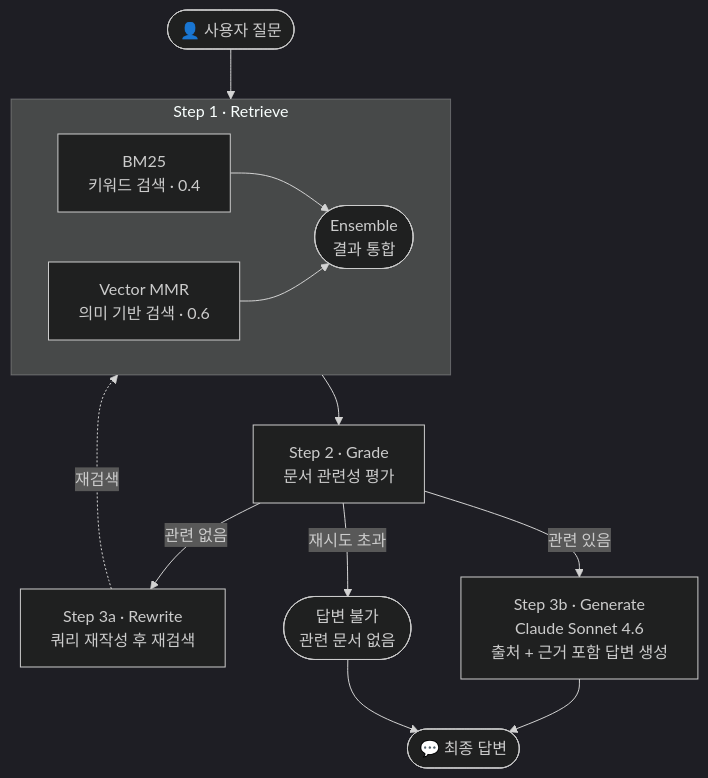
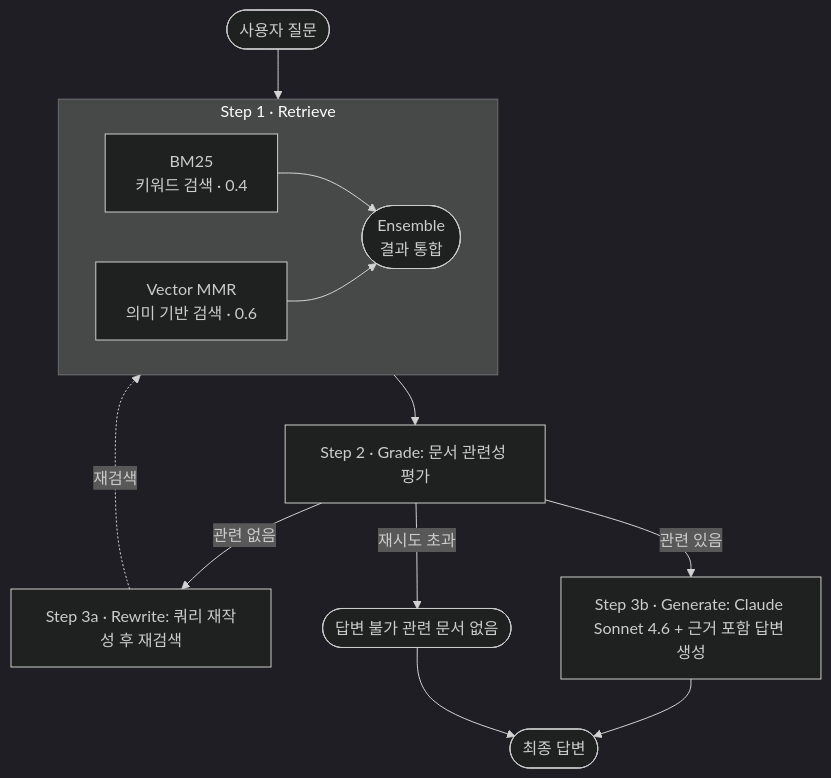
One commit to dhdlswhd34/AI-agent changed the first of 2 diagrams in README.md. Above: the diagram before and after it, drawn with Mermaid (dark theme).

````diff
--- a/README.md
+++ b/README.md
@@ -9,31 +9,31 @@
 ```mermaid
 flowchart TD
-    USER(["👤 사용자 질문"])
+    USER(["사용자 질문"])
 
     subgraph RETRIEVE["Step 1 · Retrieve"]
         direction LR
         BM25["BM25\n키워드 검색 · 0.4"]
         VEC["Vector MMR\n의미 기반 검색 · 0.6"]
         MERGE(["Ensemble\n결과 통합"])
         BM25 --> MERGE
         VEC --> MERGE
     end
 
-    GRADE["Step 2 · Grade\n문서 관련성 평가"]
+    GRADE["Step 2 · Grade: 문서 관련성 평가"]
 
-    REWRITE["Step 3a · Rewrite\n쿼리 재작성 후 재검색"]
+    REWRITE["Step 3a · Rewrite: 쿼리 재작성 후 재검색"]
 
-    GEN["Step 3b · Generate\nClaude Sonnet 4.6\n출처 + 근거 포함 답변 생성"]
+    GEN["Step 3b · Generate: Claude Sonnet 4.6 + 근거 포함 답변 생성"]
 
-    FAIL(["답변 불가\n관련 문서 없음"])
-    ANS(["💬 최종 답변"])
+    FAIL(["답변 불가 관련 문서 없음"])
+    ANS(["최종 답변"])
 
     USER --> RETRIEVE
     MERGE --> GRADE
     GRADE -- "관련 있음" --> GEN
     GRADE -- "관련 없음" --> REWRITE
     REWRITE -. "재검색" .-> RETRIEVE
     GRADE -- "재시도 초과" --> FAIL
     GEN --> ANS
     FAIL --> ANS
 ```
````
